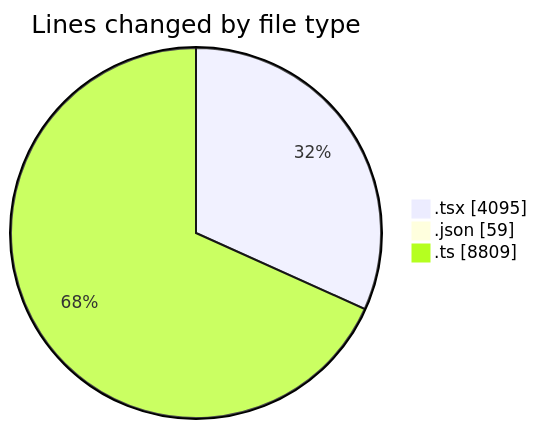
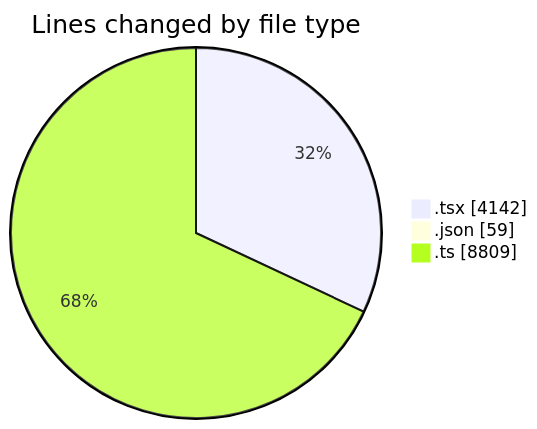
The first of 2 diagrams in 2025-11-24/cda/README.md (momahboobian/code-tracking), drawn with Mermaid before and after one commit. The commit also changed other lines of this file and 1 other file, not shown here.

````diff
--- a/2025-11-24/cda/README.md
+++ b/2025-11-24/cda/README.md
@@ -34,7 +34,7 @@
 ```mermaid
 pie showData
 title Lines changed by file type
-".tsx" : 4095
+".tsx" : 4142
 ".json" : 59
 ".ts" : 8809
 ```
````
